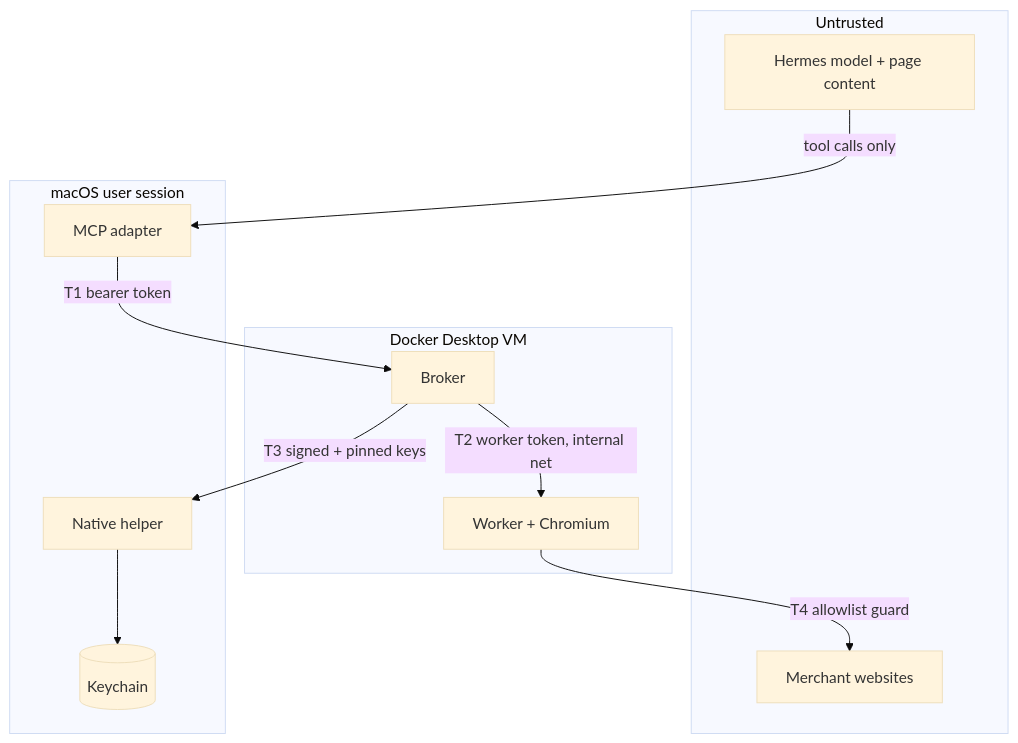
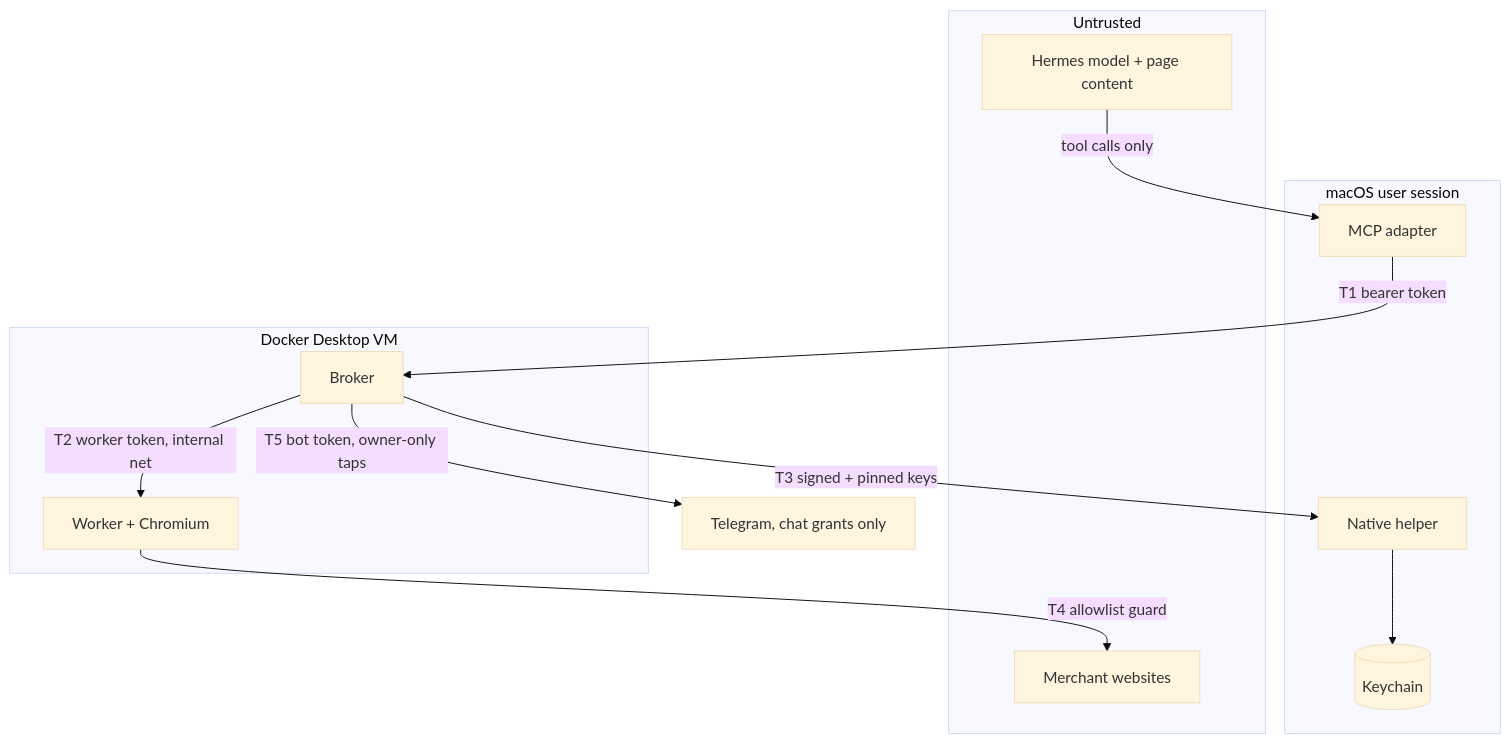
Before and after one commit to wezzcoetzee/hermes-password-manager: the first of 5 diagrams in docs/architecture.md, drawn with Mermaid (base theme). The commit also changed other lines of this file and 3 other files, not shown here.

````diff
--- a/docs/architecture.md
+++ b/docs/architecture.md
@@ -18,22 +18,23 @@
 ```mermaid
 flowchart TB
   subgraph U[Untrusted]
     M[Hermes model + page content]
     WEB[Merchant websites]
   end
   subgraph HOST[macOS user session]
     AD[MCP adapter]
     HP[Native helper]
     KC[(Keychain)]
   end
   subgraph VM[Docker Desktop VM]
     BR[Broker]
     WK[Worker + Chromium]
   end
   M -- tool calls only --> AD
   AD -- "T1 bearer token" --> BR
   BR -- "T2 worker token, internal net" --> WK
   BR -- "T3 signed + pinned keys" --> HP
   HP --> KC
   WK -- "T4 allowlist guard" --> WEB
+  BR -- "T5 bot token, owner-only taps" --> TG[Telegram, chat grants only]
 ```
````
